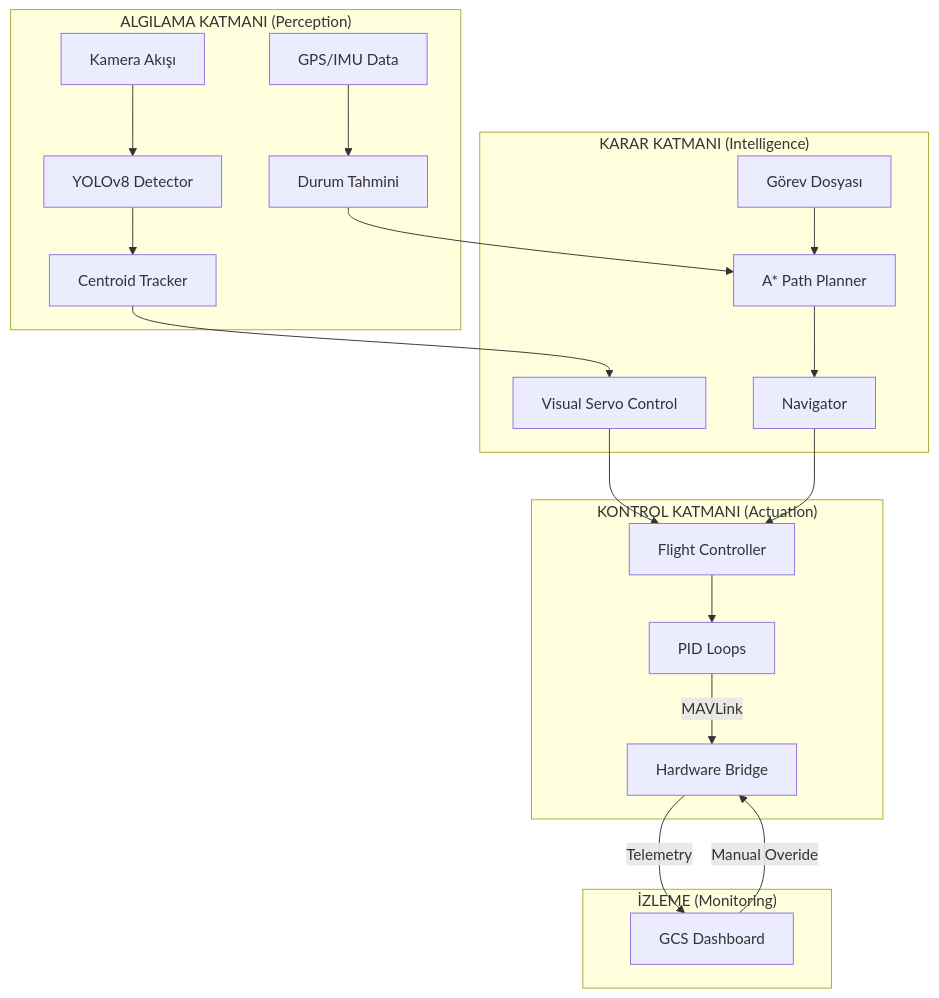
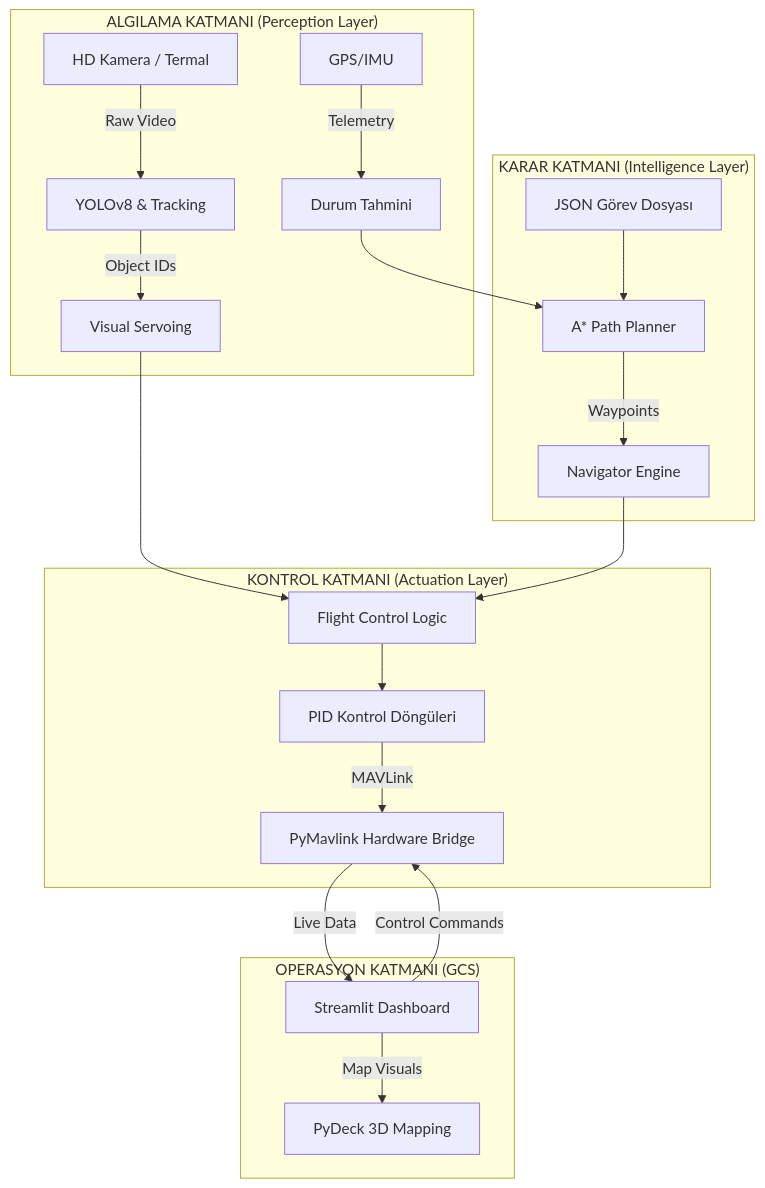
Before and after one commit to bahattinyunus/teknofest_havacilikta_yapay_zeka: the diagram in README.md, drawn with Mermaid. The commit also changed other lines of this file, not shown here.

Commit message:
Docs: Complete Grand Elite README with Teknofest Mission & Methodology

````diff
--- a/README.md
+++ b/README.md
@@ -52,27 +80,27 @@
 ```mermaid
 graph TD
-    subgraph "ALGILAMA KATMANI (Perception)"
-        Cam[Kamera Akışı] --> YOLO[YOLOv8 Detector]
-        YOLO --> Tracker[Centroid Tracker]
-        GPS[GPS/IMU Data] --> State[Durum Tahmini]
+    subgraph "ALGILAMA KATMANI (Perception Layer)"
+        Cam[HD Kamera / Termal] -->|Raw Video| YOLO[YOLOv8 & Tracking]
+        YOLO -->|Object IDs| VS[Visual Servoing]
+        GPS[GPS/IMU] -->|Telemetry| State[Durum Tahmini]
     end
     
-    subgraph "KARAR KATMANI (Intelligence)"
-        Tracker --> VS[Visual Servo Control]
+    subgraph "KARAR KATMANI (Intelligence Layer)"
         State --> Planner[A* Path Planner]
-        Mission[Görev Dosyası] --> Planner
-        Planner --> Nav[Navigator]
+        Mission[JSON Görev Dosyası] --> Planner
+        Planner -->|Waypoints| Nav[Navigator Engine]
     end
     
-    subgraph "KONTROL KATMANI (Actuation)"
-        VS --> FC[Flight Controller]
+    subgraph "KONTROL KATMANI (Actuation Layer)"
+        VS --> FC[Flight Control Logic]
         Nav --> FC
-        FC --> PID[PID Loops]
-        PID -->|MAVLink| Bridge[Hardware Bridge]
+        FC --> PID[PID Kontrol Döngüleri]
+        PID -->|MAVLink| Bridge[PyMavlink Hardware Bridge]
     end
     
-    subgraph "İZLEME (Monitoring)"
-        Bridge -->|Telemetry| Dashboard[GCS Dashboard]
-        Dashboard -->|Manual Overide| Bridge
+    subgraph "OPERASYON KATMANI (GCS)"
+        Bridge -->|Live Data| Dash[Streamlit Dashboard]
+        Dash -->|Control Commands| Bridge
+        Dash -->|Map Visuals| PyDeck[PyDeck 3D Mapping]
     end
 ```
````
